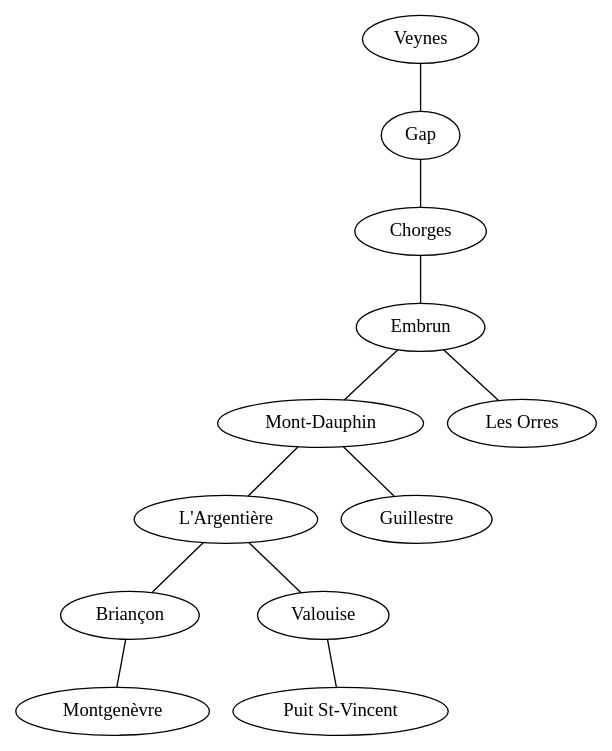
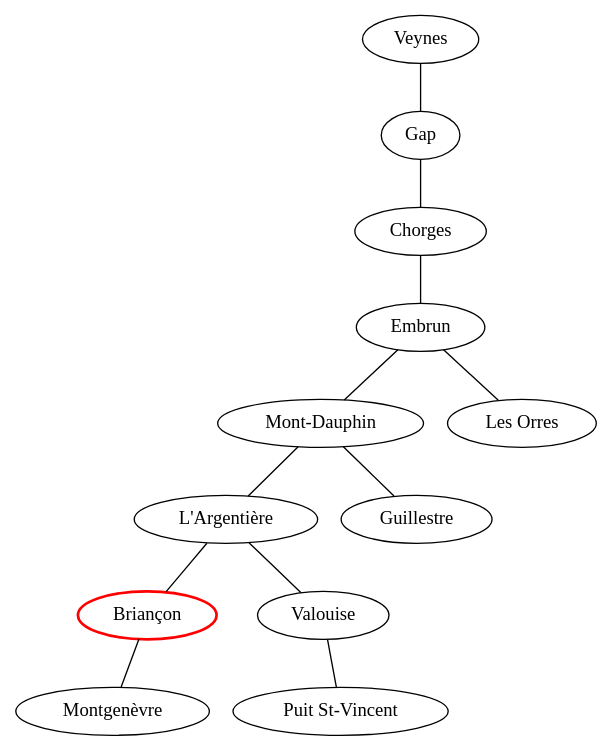
One commit to Naereen/web-sphinx changed the fifth of 5 diagrams in graph.rst. Above: the diagram before and after it, drawn with Graphviz. The commit also changed 1 other file, not shown here.

Commit message:
ACE marche pour python. Maintenant les autres :)

```diff
--- a/graph.rst
+++ b/graph.rst
@@ -81,7 +81,8 @@
 .. graph:: alpes
-
-   "Veynes" -- "Gap" -- "Chorges" -- "Embrun" -- "Mont-Dauphin" -- "L'Argentière" -- "Briançon";
+   
+   "Bri" [color="red", style="bold", label="Briançon"];
+   "Veynes" -- "Gap" -- "Chorges" -- "Embrun" -- "Mont-Dauphin" -- "L'Argentière" -- "Bri";
    "Mont-Dauphin" -- "Guillestre";
    "L'Argentière" -- "Valouise" -- "Puit St-Vincent";
-   "Briançon" -- "Montgenèvre";
+   "Bri" -- "Montgenèvre";
    "Embrun" -- "Les Orres";
```
